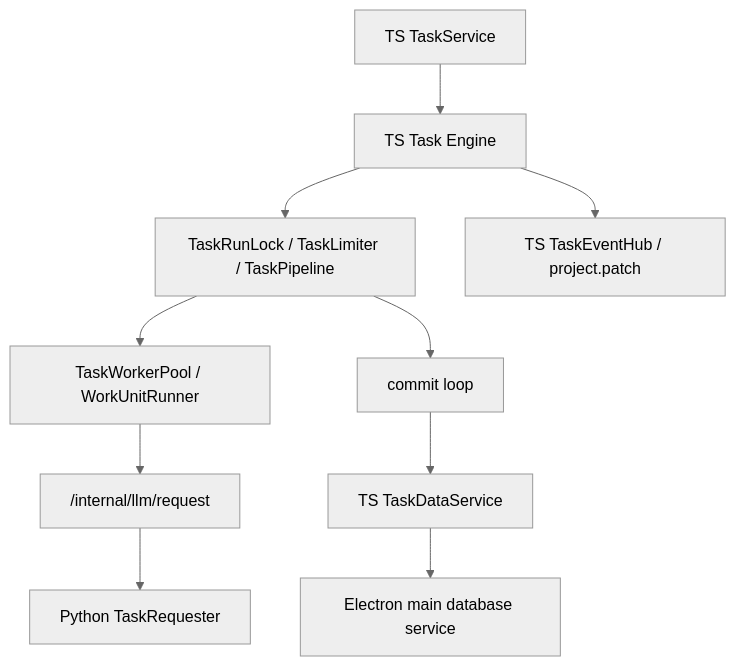
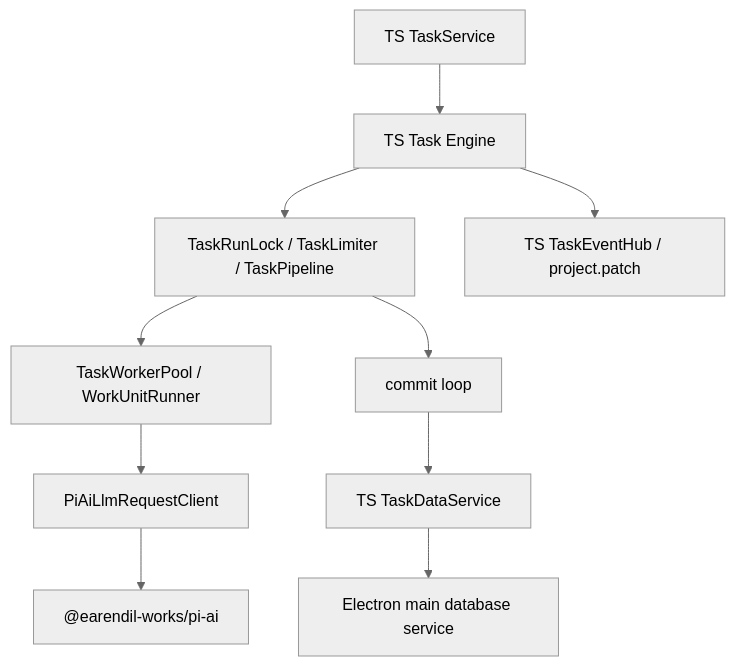
Before and after one commit to neavo/LinguaGacha: the third of 4 diagrams in docs/DATA.md, drawn with Mermaid (neutral theme). The commit also changed other lines of this file and 239 other files, not shown here.

````diff
--- a/docs/DATA.md
+++ b/docs/DATA.md
@@ -96,12 +92,12 @@
 ```mermaid
 flowchart TD
     A["TS TaskService"] --> B["TS Task Engine"]
     B --> C["TaskRunLock / TaskLimiter / TaskPipeline"]
     C --> D["TaskWorkerPool / WorkUnitRunner"]
-    D --> E["/internal/llm/request"]
-    E --> F["Python TaskRequester"]
+    D --> E["PiAiLlmRequestClient"]
+    E --> F["@earendil-works/pi-ai"]
     C --> G["commit loop"]
     G --> H["TS TaskDataService"]
     H --> I["Electron main database service"]
     B --> J["TS TaskEventHub / project.patch"]
 ```
````
